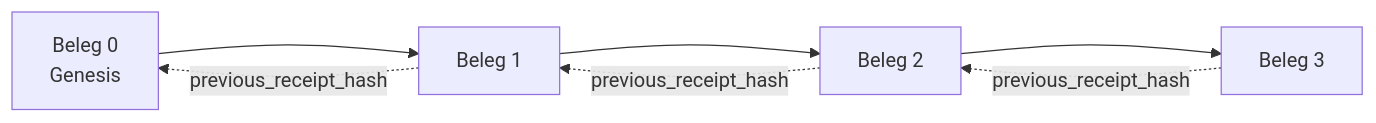
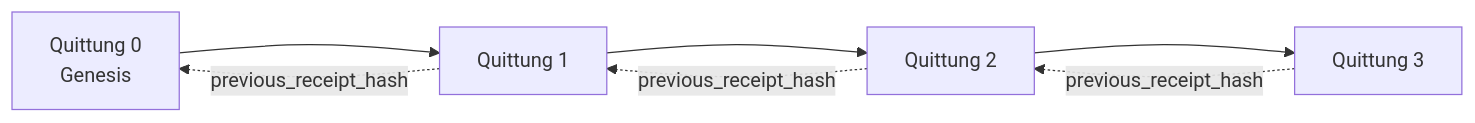
One commit to gabrielmoreira/agent-skills-mirror changed the second of 2 diagrams in mirrors/repos/microsoft@ai-agents-for-beginners/translations/de/18-securing-ai-agents/README.md. Above: the diagram before and after it, drawn with Mermaid. The commit also changed other lines of this file and 4482 other files, not shown here.

````diff
--- a/mirrors/repos/microsoft@ai-agents-for-beginners/translations/de/18-securing-ai-agents/README.md
+++ b/mirrors/repos/microsoft@ai-agents-for-beginners/translations/de/18-securing-ai-agents/README.md
@@ -206,9 +206,9 @@
 ```mermaid
 flowchart LR
-    R0[Beleg 0<br/>Genesis] --> R1[Beleg 1]
-    R1 --> R2[Beleg 2]
-    R2 --> R3[Beleg 3]
+    R0[Quittung 0<br/>Genesis] --> R1[Quittung 1]
+    R1 --> R2[Quittung 2]
+    R2 --> R3[Quittung 3]
     R1 -. previous_receipt_hash .-> R0
     R2 -. previous_receipt_hash .-> R1
     R3 -. previous_receipt_hash .-> R2
 ```
````
